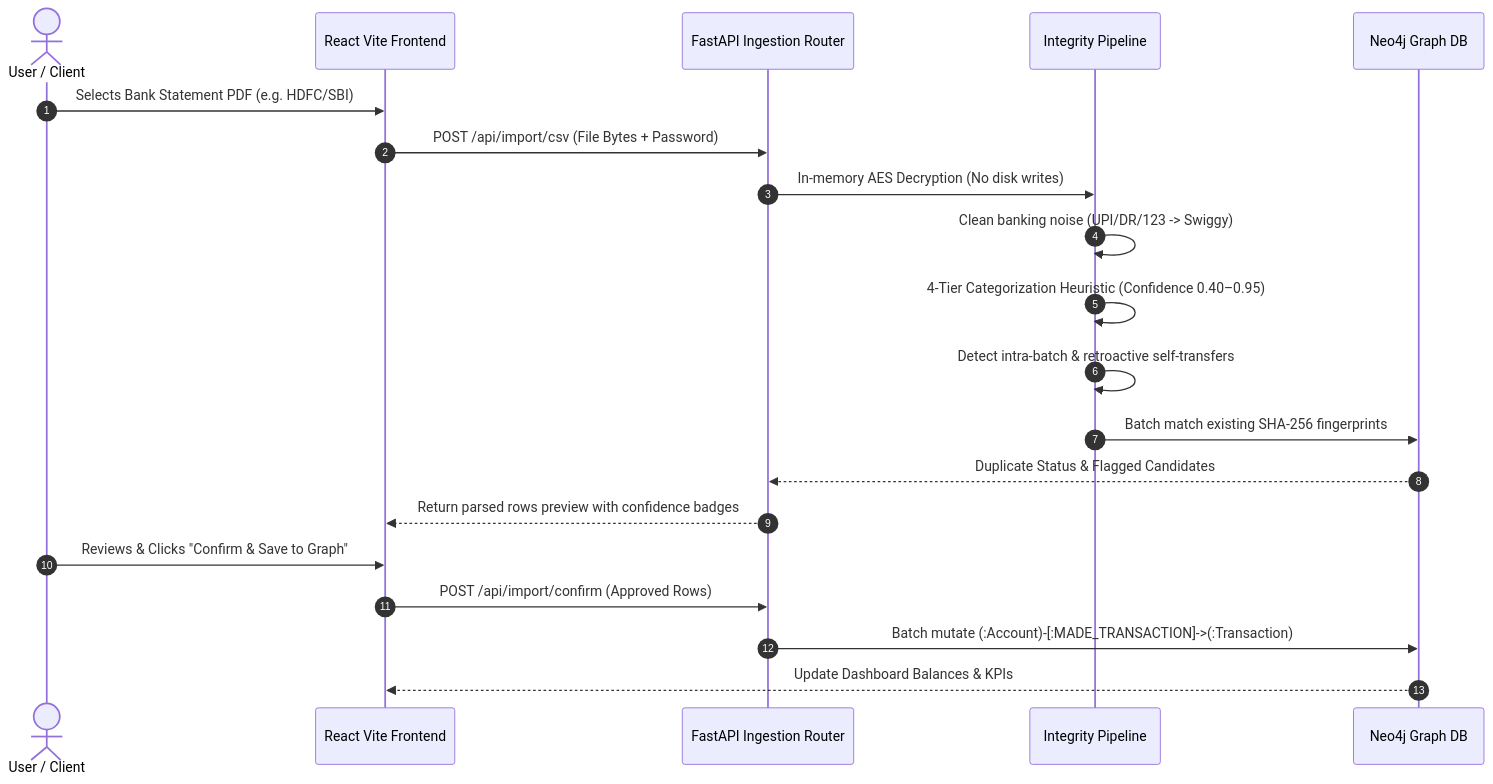
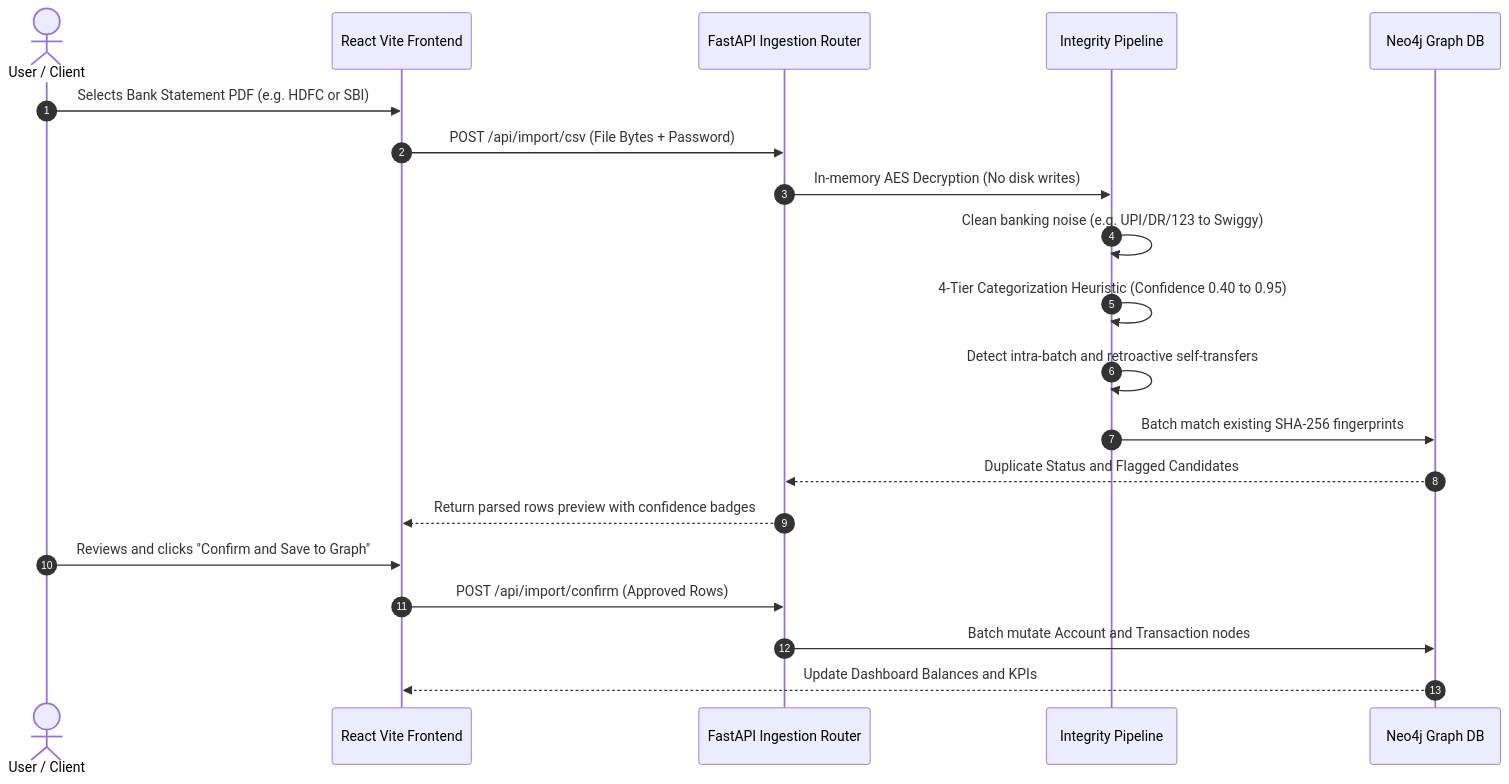
One commit to HariomGupta0/Personal_Finance_AI_v1 changed the second of 3 diagrams in README.md. Above: the diagram before and after it, drawn with Mermaid. The commit also changed other lines of this file, not shown here.

Commit message:
fix(docs): resolve Mermaid syntax error in sequence diagram and enhance architecture flowchart with shieldcn badges

````diff
--- a/README.md
+++ b/README.md
@@ -170,23 +175,23 @@
 ```mermaid
 sequenceDiagram
     autonumber
     actor User as User / Client
     participant UI as React Vite Frontend
     participant API as FastAPI Ingestion Router
     participant Pipe as Integrity Pipeline
     participant DB as Neo4j Graph DB
 
-    User->>UI: Selects Bank Statement PDF (e.g. HDFC/SBI)
+    User->>UI: Selects Bank Statement PDF (e.g. HDFC or SBI)
     UI->>API: POST /api/import/csv (File Bytes + Password)
     API->>Pipe: In-memory AES Decryption (No disk writes)
-    Pipe->>Pipe: Clean banking noise (UPI/DR/123 -> Swiggy)
-    Pipe->>Pipe: 4-Tier Categorization Heuristic (Confidence 0.40–0.95)
-    Pipe->>Pipe: Detect intra-batch & retroactive self-transfers
+    Pipe->>Pipe: Clean banking noise (e.g. UPI/DR/123 to Swiggy)
+    Pipe->>Pipe: 4-Tier Categorization Heuristic (Confidence 0.40 to 0.95)
+    Pipe->>Pipe: Detect intra-batch and retroactive self-transfers
     Pipe->>DB: Batch match existing SHA-256 fingerprints
-    DB-->>API: Duplicate Status & Flagged Candidates
+    DB-->>API: Duplicate Status and Flagged Candidates
     API-->>UI: Return parsed rows preview with confidence badges
-    User->>UI: Reviews & Clicks "Confirm & Save to Graph"
+    User->>UI: Reviews and clicks "Confirm and Save to Graph"
     UI->>API: POST /api/import/confirm (Approved Rows)
-    API->>DB: Batch mutate (:Account)-[:MADE_TRANSACTION]->(:Transaction)
-    DB-->>UI: Update Dashboard Balances & KPIs
+    API->>DB: Batch mutate Account and Transaction nodes
+    DB-->>UI: Update Dashboard Balances and KPIs
 ```
````
